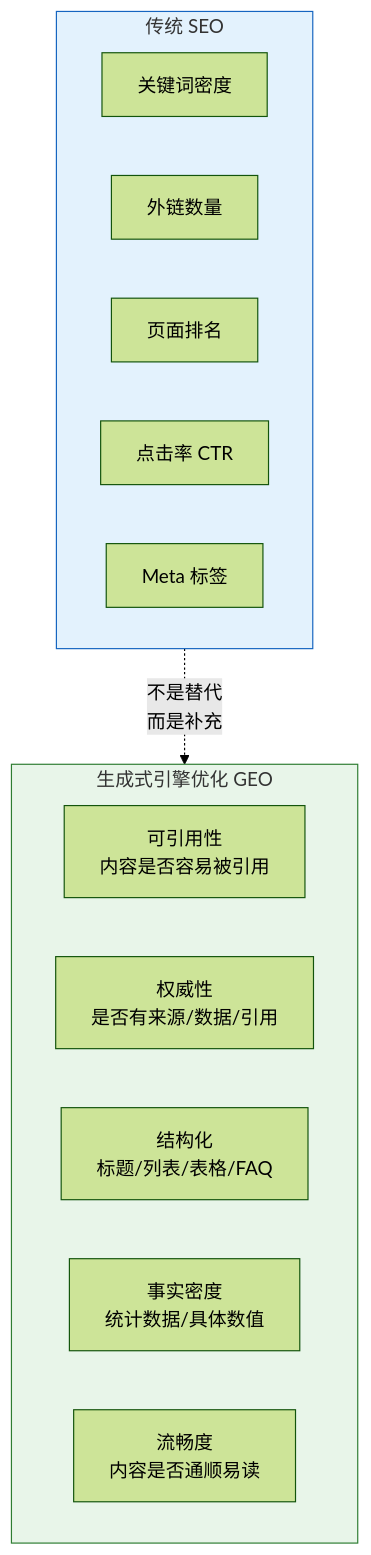
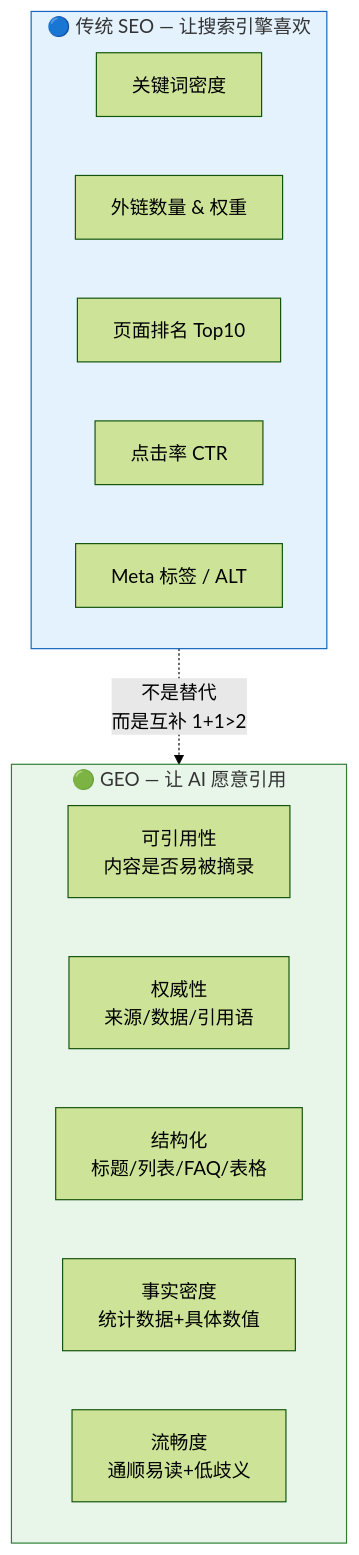
One commit to deep2code/geo changed the sixth of 29 diagrams in docs/getting-started.md. Above: the diagram before and after it, drawn with Mermaid (forest theme). The commit also changed other lines of this file and 3 other files, not shown here.

First line of the commit message:
docs: 全面美化文档，大量采用 Mermaid 图表

````diff
--- a/docs/getting-started.md
+++ b/docs/getting-started.md
@@ -110,23 +137,23 @@
 ```mermaid
 graph TB
-    subgraph SEO["传统 SEO"]
+    subgraph SEO["🔵 传统 SEO — 让搜索引擎喜欢"]
         S1["关键词密度"]
-        S2["外链数量"]
-        S3["页面排名"]
+        S2["外链数量 & 权重"]
+        S3["页面排名 Top10"]
         S4["点击率 CTR"]
-        S5["Meta 标签"]
+        S5["Meta 标签 / ALT"]
     end
 
-    subgraph GEO["生成式引擎优化 GEO"]
-        G1["可引用性<br/>内容是否容易被引用"]
-        G2["权威性<br/>是否有来源/数据/引用"]
-        G3["结构化<br/>标题/列表/表格/FAQ"]
-        G4["事实密度<br/>统计数据/具体数值"]
-        G5["流畅度<br/>内容是否通顺易读"]
+    subgraph GEO["🟢 GEO — 让 AI 愿意引用"]
+        G1["可引用性<br/>内容是否易被摘录"]
+        G2["权威性<br/>来源/数据/引用语"]
+        G3["结构化<br/>标题/列表/FAQ/表格"]
+        G4["事实密度<br/>统计数据+具体数值"]
+        G5["流畅度<br/>通顺易读+低歧义"]
     end
 
-    SEO -.->|"不是替代<br/>而是补充"| GEO
+    SEO -.->|"不是替代<br/>而是互补 1+1>2"| GEO
 
     style SEO fill:#e3f2fd,stroke:#1565c0
     style GEO fill:#e8f5e9,stroke:#2e7d32
 ```
````
